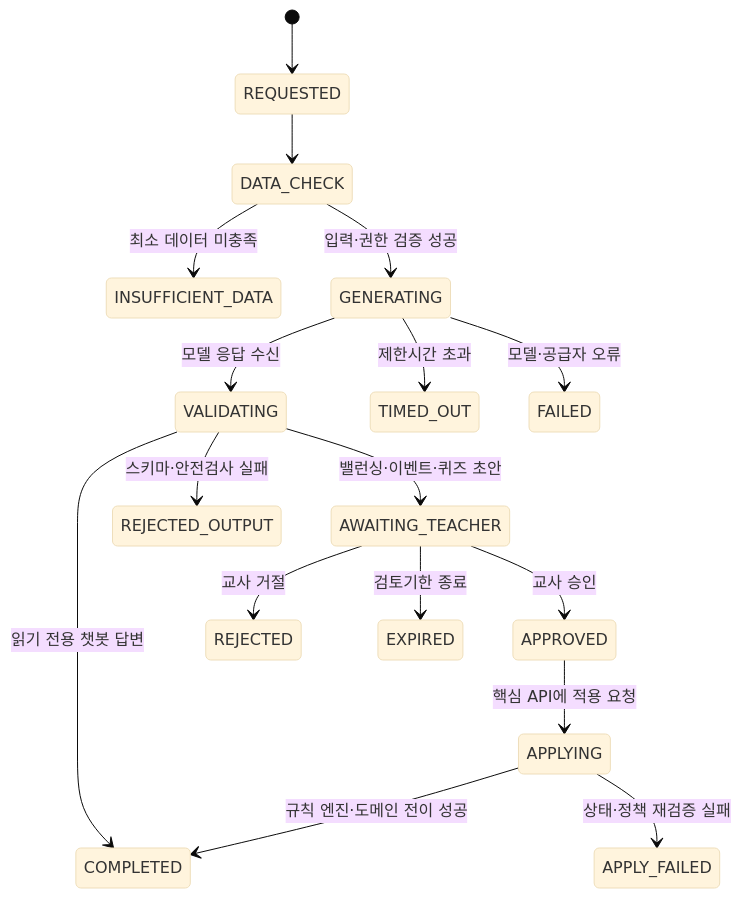
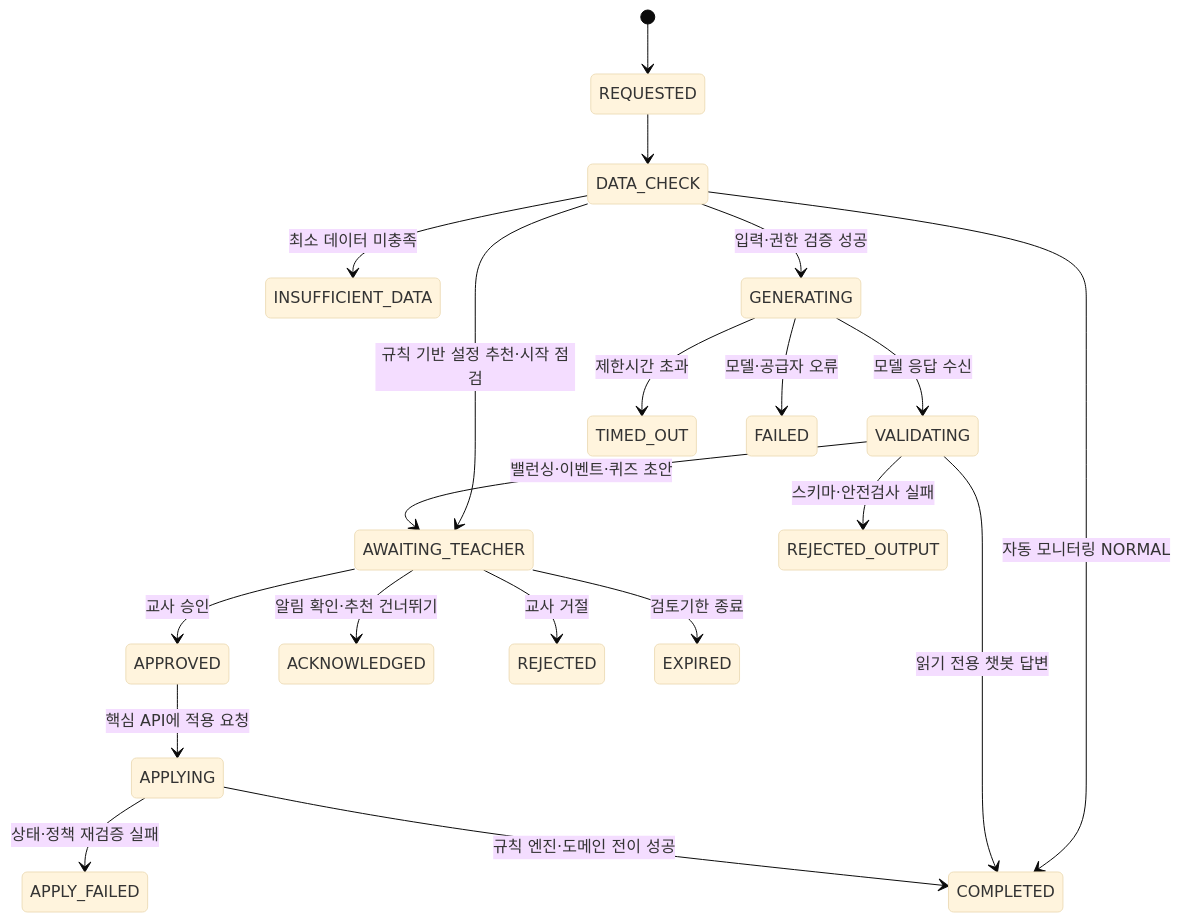
Before and after one commit to watermell0n/EcoVillgae: diagram 19 of 19 in docs/STATE_MACHINES.md, drawn with Mermaid (base theme). The commit also changed other lines of this file and 19 other files, not shown here.

````diff
--- a/docs/STATE_MACHINES.md
+++ b/docs/STATE_MACHINES.md
@@ -411,19 +411,22 @@
 ```mermaid
 stateDiagram-v2
     [*] --> REQUESTED
     REQUESTED --> DATA_CHECK
     DATA_CHECK --> INSUFFICIENT_DATA: 최소 데이터 미충족
+    DATA_CHECK --> AWAITING_TEACHER: 규칙 기반 설정 추천·시작 점검
+    DATA_CHECK --> COMPLETED: 자동 모니터링 NORMAL
     DATA_CHECK --> GENERATING: 입력·권한 검증 성공
     GENERATING --> VALIDATING: 모델 응답 수신
     GENERATING --> TIMED_OUT: 제한시간 초과
     GENERATING --> FAILED: 모델·공급자 오류
     VALIDATING --> AWAITING_TEACHER: 밸런싱·이벤트·퀴즈 초안
     VALIDATING --> COMPLETED: 읽기 전용 챗봇 답변
     VALIDATING --> REJECTED_OUTPUT: 스키마·안전검사 실패
     AWAITING_TEACHER --> APPROVED: 교사 승인
+    AWAITING_TEACHER --> ACKNOWLEDGED: 알림 확인·추천 건너뛰기
     AWAITING_TEACHER --> REJECTED: 교사 거절
     AWAITING_TEACHER --> EXPIRED: 검토기한 종료
     APPROVED --> APPLYING: 핵심 API에 적용 요청
     APPLYING --> COMPLETED: 규칙 엔진·도메인 전이 성공
     APPLYING --> APPLY_FAILED: 상태·정책 재검증 실패
 ```
````
